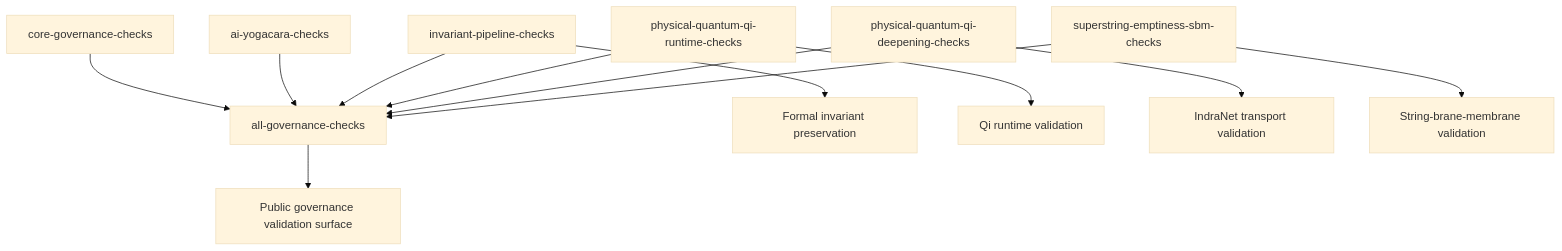
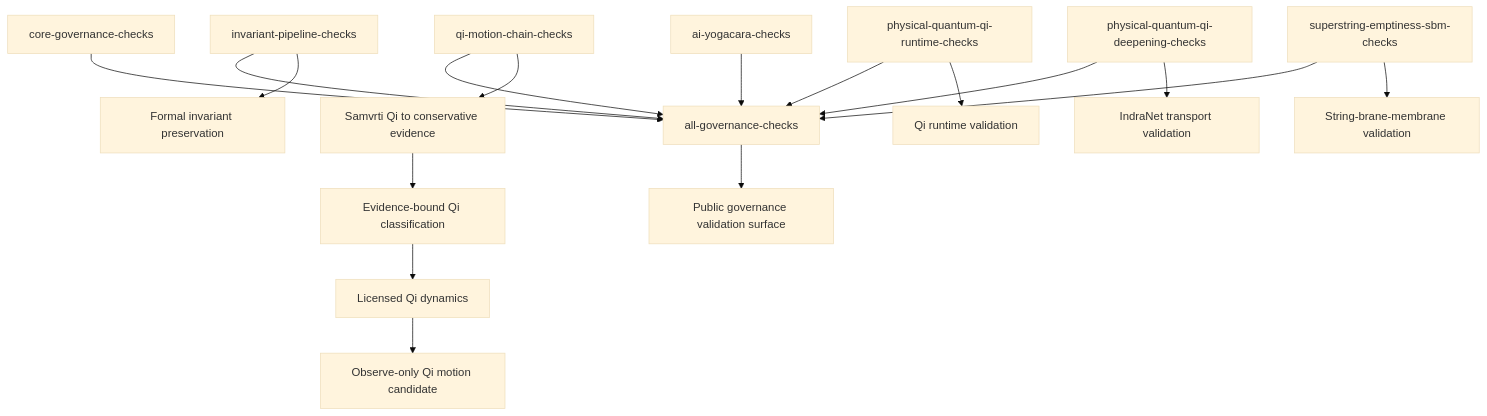
One commit to itakura-hidetoshi/KuuOS changed the diagram in docs/VALIDATOR_GRAPH_v0_1.md. Above: the diagram before and after it, drawn with Mermaid (base theme). The commit also changed other lines of this file, not shown here.

Commit message:
Add Qi motion chain to validator graph v0.1

````diff
--- a/docs/VALIDATOR_GRAPH_v0_1.md
+++ b/docs/VALIDATOR_GRAPH_v0_1.md
@@ -3,23 +3,29 @@
 ```mermaid
 flowchart TD
     A[core-governance-checks]
     B[ai-yogacara-checks]
     C[invariant-pipeline-checks]
     D[physical-quantum-qi-runtime-checks]
+    M[qi-motion-chain-checks]
     E[physical-quantum-qi-deepening-checks]
     F[superstring-emptiness-sbm-checks]
 
     A --> G[all-governance-checks]
     B --> G
     C --> G
     D --> G
+    M --> G
     E --> G
     F --> G
 
     C --> H[Formal invariant preservation]
     D --> I[Qi runtime validation]
+    M --> N[Samvrti Qi to conservative evidence]
+    N --> O[Evidence-bound Qi classification]
+    O --> P[Licensed Qi dynamics]
+    P --> Q[Observe-only Qi motion candidate]
     E --> J[IndraNet transport validation]
     F --> K[String-brane-membrane validation]
 
     G --> L[Public governance validation surface]
 ```
````
